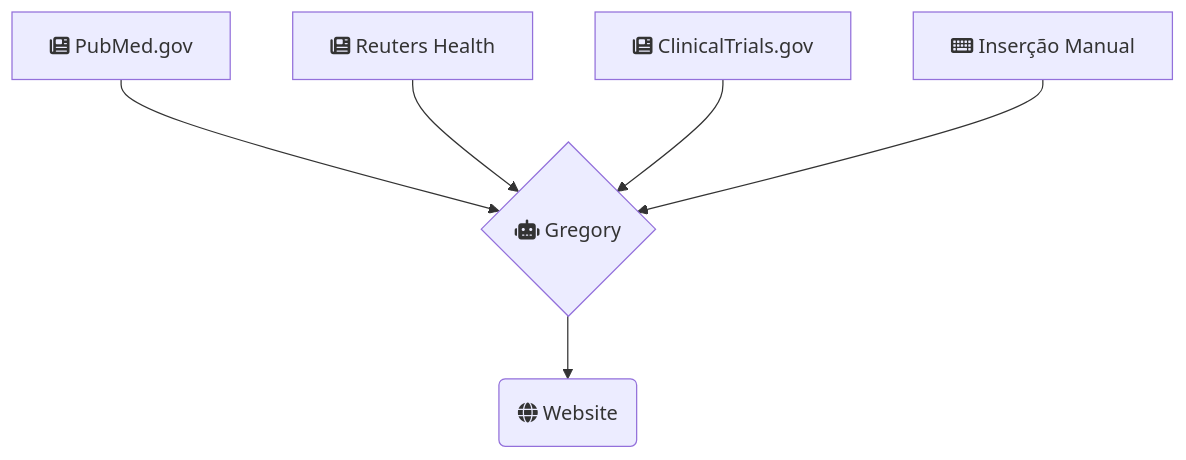
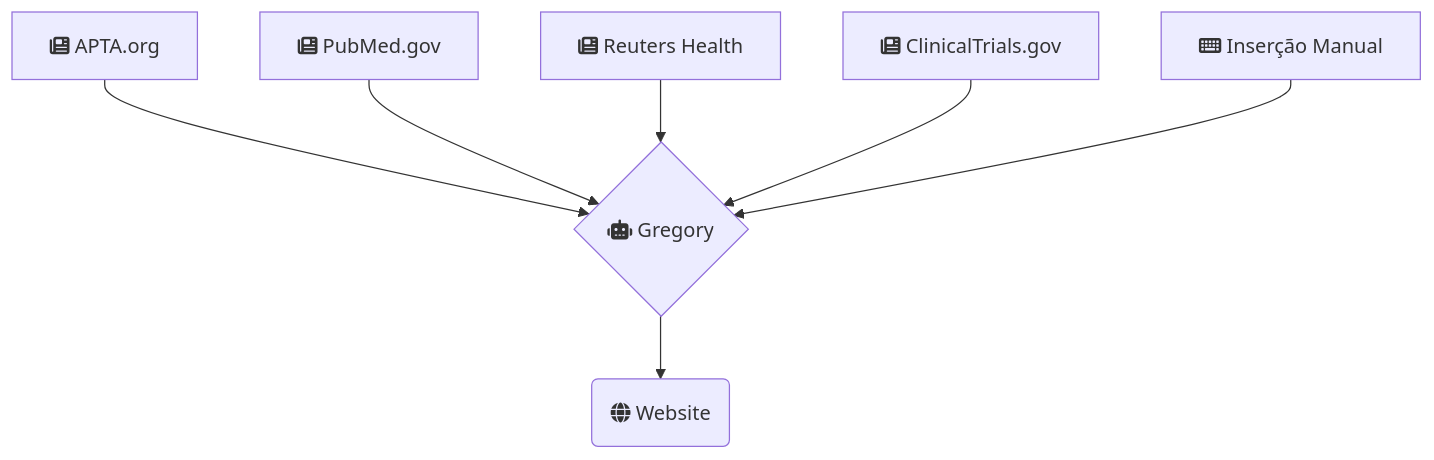
The diagram in content/about/index.md (brunoamaral/gregory-ai), drawn with Mermaid before and after one commit.

Commit message:
add new source

````diff
--- a/content/about/index.md
+++ b/content/about/index.md
@@ -41,8 +41,9 @@
 ```mermaid
 graph TD;
+    APTA[fa:fa-newspaper APTA.org] -->Gregory;
     PubMed[fa:fa-newspaper PubMed.gov] -->Gregory;
     Reuters[fa:fa-newspaper Reuters Health]-->Gregory;
     ClinicalTrials[fa:fa-newspaper ClinicalTrials.gov]-->Gregory;
     Manual[fa:fa-keyboard Inserção Manual]-->Gregory;
     Gregory{fa:fa-robot Gregory}-->Website(fa:fa-globe Website)
 ```
````
